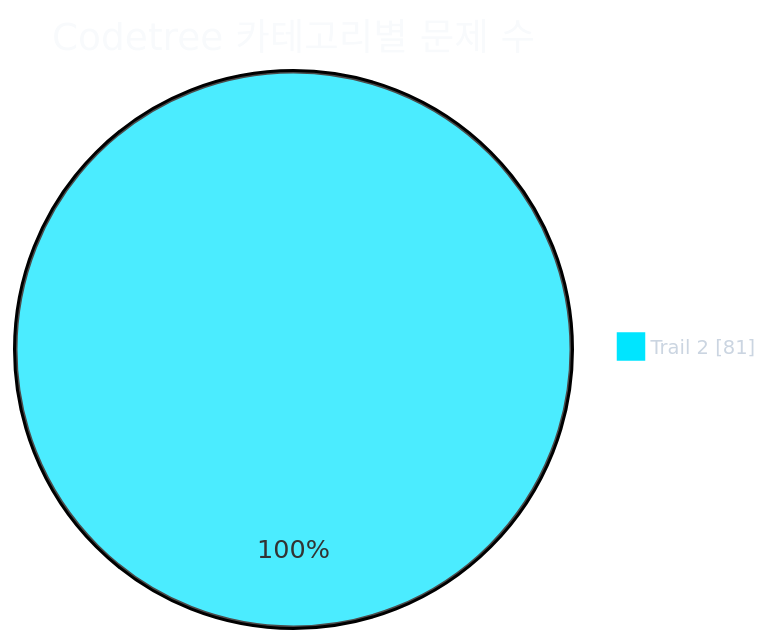
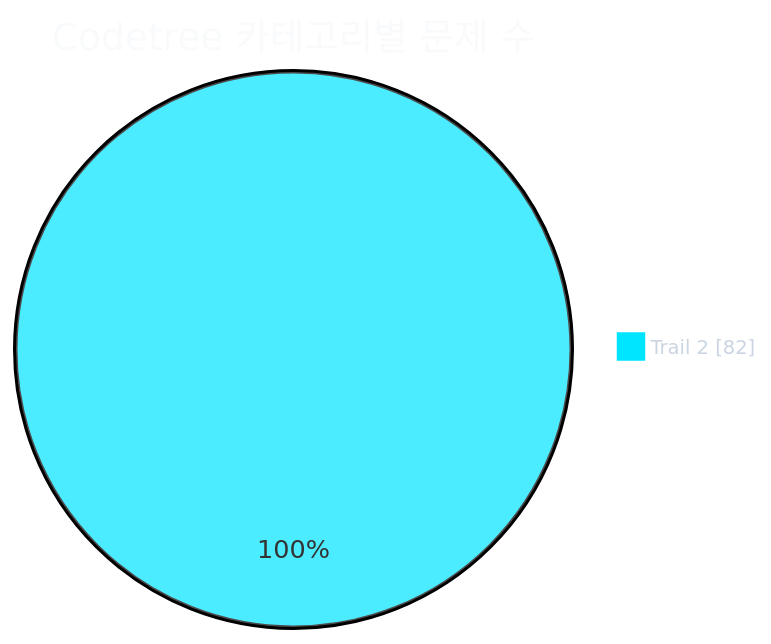
The first of 2 diagrams in readme.md (CHOOSLA/Algorithm), drawn with Mermaid before and after one commit. The commit also changed other lines of this file and 2 other files, not shown here.

````diff
--- a/readme.md
+++ b/readme.md
@@ -31,21 +31,21 @@
 ```mermaid
 ---
 config:
   theme: base
   themeVariables:
     background: '#0d1117'
     pieTitleTextColor: '#f8fafc'
     pieLegendTextColor: '#cbd5e1'
     pieLegendTextSize: '13px'
     pie1: '#00e5ff'
     pie2: '#22c55e'
     pie3: '#f59e0b'
     pie4: '#a855f7'
     pie5: '#ec4899'
     pie6: '#3b82f6'
     pie7: '#64748b'
 ---
 pie showData
   title Codetree 카테고리별 문제 수
-  "Trail 2" : 81
+  "Trail 2" : 82
 ```
````
